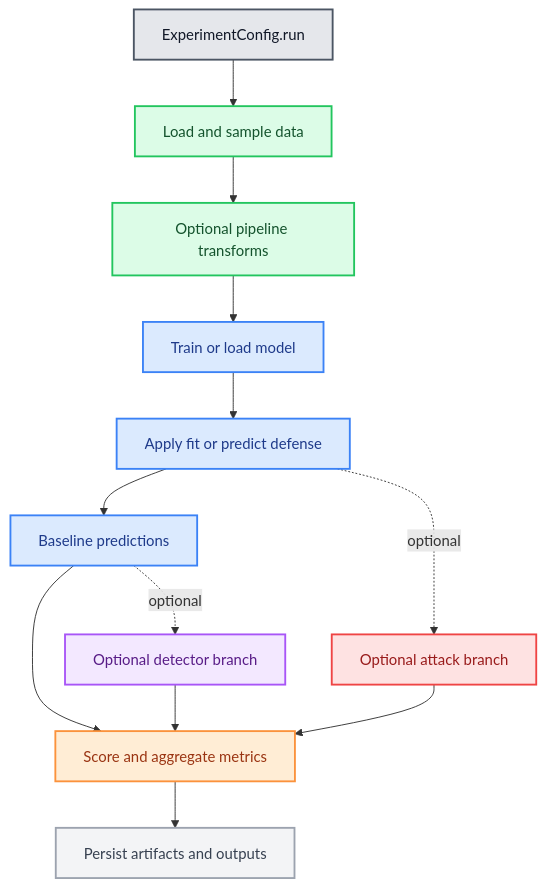
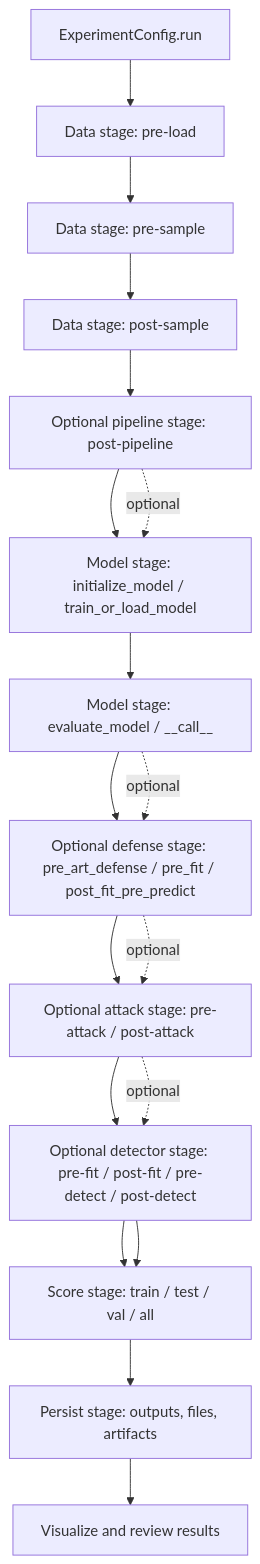
Before and after one commit to simplymathematics/deckard: the first of 60 diagrams in docs/overview/flowcharts.md, drawn with Mermaid. The commit also changed other lines of this file and 165 other files, not shown here.

````diff
--- a/docs/overview/flowcharts.md
+++ b/docs/overview/flowcharts.md
@@ -20,35 +21,32 @@
 ```mermaid
 flowchart TD
-    A[ExperimentConfig.run]
-    B[Load and sample data]
-    C[Optional pipeline transforms]
-    D[Train or load model]
-    E[Apply fit or predict defense]
-    F[Baseline predictions]
-    G[Optional attack branch]
-    H[Optional detector branch]
-    I[Score and aggregate metrics]
-    J[Persist artifacts and outputs]
+  A[ExperimentConfig.run]:::experiment
+  B[Data stage: pre-load]:::data
+  C[Data stage: pre-sample]:::data
+  D[Data stage: post-sample]:::data
+  E[Optional pipeline stage: post-pipeline]:::data
+  F[Model stage: initialize_model / train_or_load_model]:::model
+  G[Model stage: evaluate_model / __call__]:::model
+  H[Optional defense stage: pre_art_defense / pre_fit / post_fit_pre_predict]:::model
+  I[Optional attack stage: pre-attack / post-attack]:::attack
+  J[Optional detector stage: pre-fit / post-fit / pre-detect / post-detect]:::detector
+  K[Score stage: train / test / val / all]:::scores
+  L[Persist stage: outputs, files, artifacts]:::files
+  M[Visualize and review results]:::experiment
 
-    A --> B --> C --> D --> E --> F --> I --> J
-    E -. optional .-> G
-    F -. optional .-> H
-    G --> I
-    H --> I
+  A --> B --> C --> D --> E --> F --> G --> H --> I --> J --> K --> L --> M
+  E -. optional .-> F
+  G -. optional .-> H
+  H -. optional .-> I
+  I -. optional .-> J
+  J --> K
 
-    classDef experiment fill:#e5e7eb,color:#111827,stroke:#4b5563,stroke-width:2px;
-    classDef data fill:#dcfce7,color:#14532d,stroke:#22c55e,stroke-width:2px;
-    classDef model fill:#dbeafe,color:#1e3a8a,stroke:#3b82f6,stroke-width:2px;
-    classDef attack fill:#fee2e2,color:#991b1b,stroke:#ef4444,stroke-width:2px;
-    classDef detector fill:#f3e8ff,color:#581c87,stroke:#a855f7,stroke-width:2px;
-    classDef scores fill:#ffedd5,color:#9a3412,stroke:#fb923c,stroke-width:2px;
-    classDef files fill:#f3f4f6,color:#374151,stroke:#9ca3af,stroke-width:2px;
-
-    class A experiment;
-    class B,C data;
-    class D,E,F model;
-    class G attack;
-    class H detector;
-    class I scores;
-    class J files;
+  class A experiment;
+  class B,C data;
+  class F,G,H model;
+  class I attack;
+  class J detector;
+  class K scores;
+  class L files;
+  class M experiment;
 ```
````
